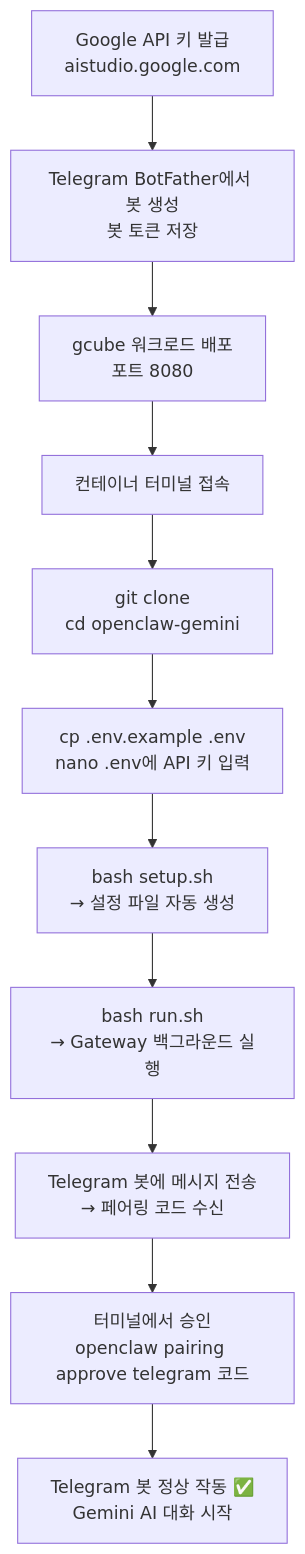
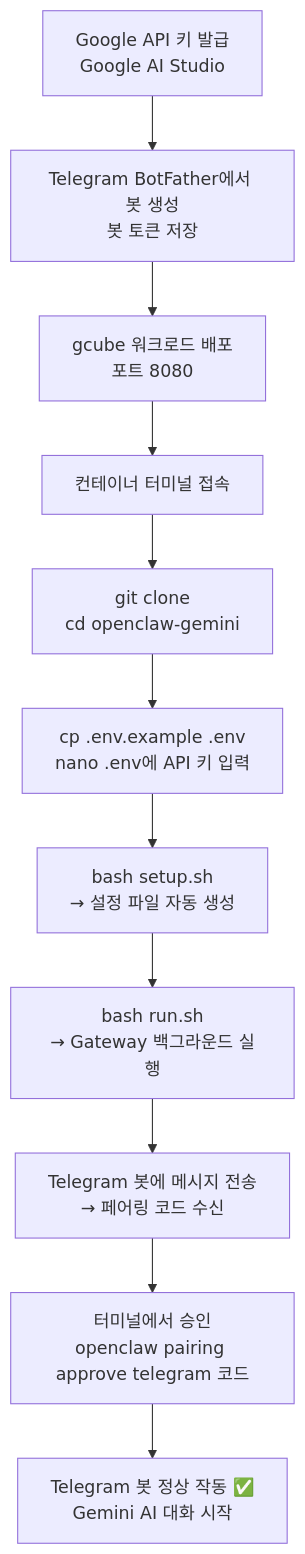
The diagram in README.md (chaeyoon-08/openclaw-gemini), drawn with Mermaid before and after one commit. The commit also changed other lines of this file and 3 other files, not shown here.

````diff
--- a/README.md
+++ b/README.md
@@ -10,14 +10,14 @@
 ```mermaid
 flowchart TD
-    A[Google API 키 발급<br/>aistudio.google.com] --> B
+    A[Google API 키 발급<br/>Google AI Studio] --> B
     B[Telegram BotFather에서 봇 생성<br/>봇 토큰 저장] --> C
     C[gcube 워크로드 배포<br/>포트 8080] --> D
     D[컨테이너 터미널 접속] --> E
     E[git clone<br/>cd openclaw-gemini] --> F
     F[cp .env.example .env<br/>nano .env에 API 키 입력] --> G
     G[bash setup.sh<br/>→ 설정 파일 자동 생성] --> H
     H[bash run.sh<br/>→ Gateway 백그라운드 실행] --> I
     I[Telegram 봇에 메시지 전송<br/>→ 페어링 코드 수신] --> J
     J[터미널에서 승인<br/>openclaw pairing approve telegram 코드] --> K
     K[Telegram 봇 정상 작동 ✅<br/>Gemini AI 대화 시작]
 ```
````
